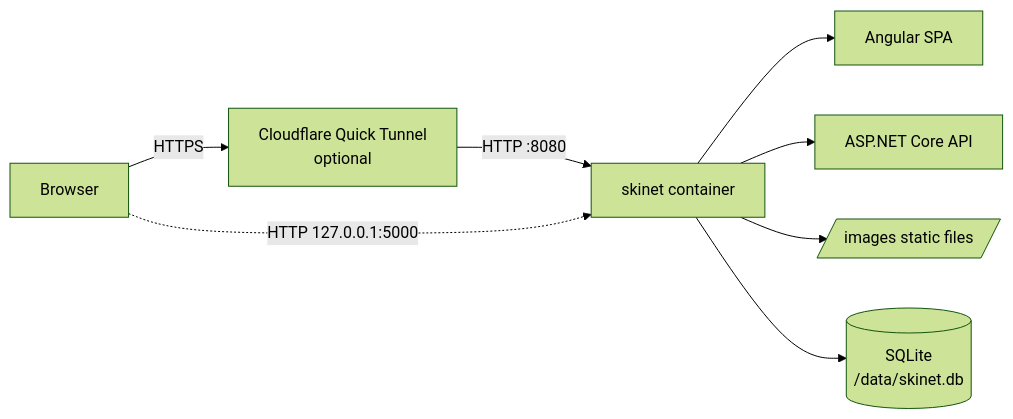
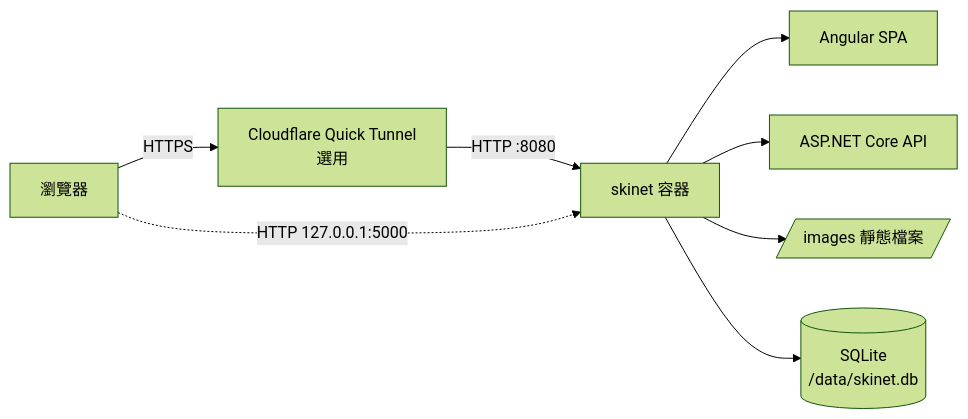
The diagram in README.md (carpmhw/skinet), drawn with Mermaid (forest theme) before and after one commit. The commit also changed other lines of this file, not shown here.

````diff
--- a/README.md
+++ b/README.md
@@ -42,10 +42,10 @@
 ```mermaid
 flowchart LR
-  browser[Browser] -->|HTTPS| tunnel[Cloudflare Quick Tunnel<br/>optional]
-  tunnel -->|HTTP :8080| app[skinet container]
+  browser[瀏覽器] -->|HTTPS| tunnel[Cloudflare Quick Tunnel<br/>選用]
+  tunnel -->|HTTP :8080| app[skinet 容器]
   browser -.->|HTTP 127.0.0.1:5000| app
   app --> spa[Angular SPA]
   app --> api[ASP.NET Core API]
-  app --> images[/images static files/]
+  app --> images[/images 靜態檔案/]
   app --> db[(SQLite<br/>/data/skinet.db)]
 ```
````
